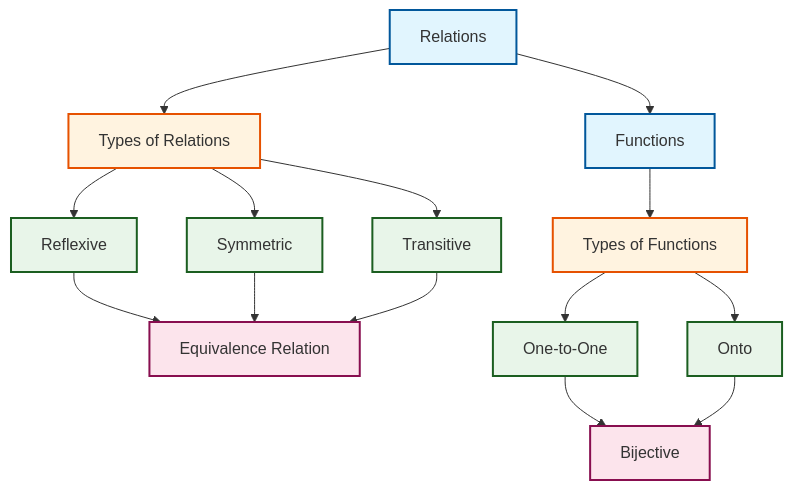
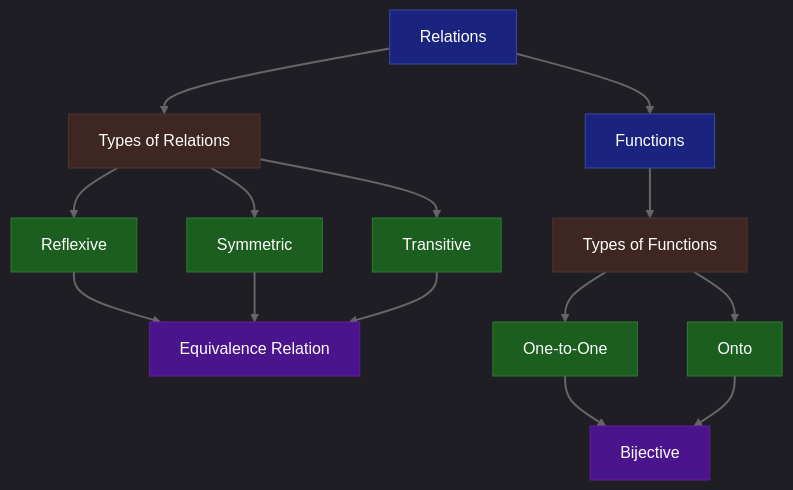
One commit to paranthaman-rajendran/class-XII changed the diagram in maths/README.md. Above: the diagram before and after it, drawn with Mermaid. The commit also changed other lines of this file, not shown here.

````diff
--- a/maths/README.md
+++ b/maths/README.md
@@ -95,29 +95,32 @@
 ```mermaid
+%%{init: {'theme': 'dark', 'flowchart': {'curve': 'basis'}}}%%
 flowchart TD
     Relations[Relations] --> TypesR[Types of Relations]
     Relations --> Functions[Functions]
 
     TypesR --> Reflexive[Reflexive]
     TypesR --> Symmetric[Symmetric]
     TypesR --> Transitive[Transitive]
 
     Reflexive & Symmetric & Transitive --> Equivalence[Equivalence Relation]
 
     Functions --> TypesF[Types of Functions]
 
     TypesF --> OneToOne[One-to-One]
     TypesF --> Onto[Onto]
 
     OneToOne & Onto --> Bijective[Bijective]
 
-    classDef default fill:#f9f9f9,stroke:#333,stroke-width:2px;
-    classDef relations fill:#e1f5fe,stroke:#01579b;
-    classDef functions fill:#e8f5e9,stroke:#1b5e20;
-    classDef types fill:#fff3e0,stroke:#e65100;
-    classDef special fill:#fce4ec,stroke:#880e4f;
+    classDef default fill:#2d2d2d,color:#fff,stroke:#666;
+    classDef relations fill:#1a237e,color:#fff,stroke:#3949ab;
+    classDef functions fill:#1b5e20,color:#fff,stroke:#2e7d32;
+    classDef types fill:#3e2723,color:#fff,stroke:#4e342e;
+    classDef special fill:#4a148c,color:#fff,stroke:#6a1b9a;
 
     class Relations,Functions relations;
     class TypesR,TypesF types;
     class Reflexive,Symmetric,Transitive,Onto,OneToOne functions;
     class Equivalence,Bijective special;
+
+    linkStyle default stroke:#666,stroke-width:2px;
 ```
````
